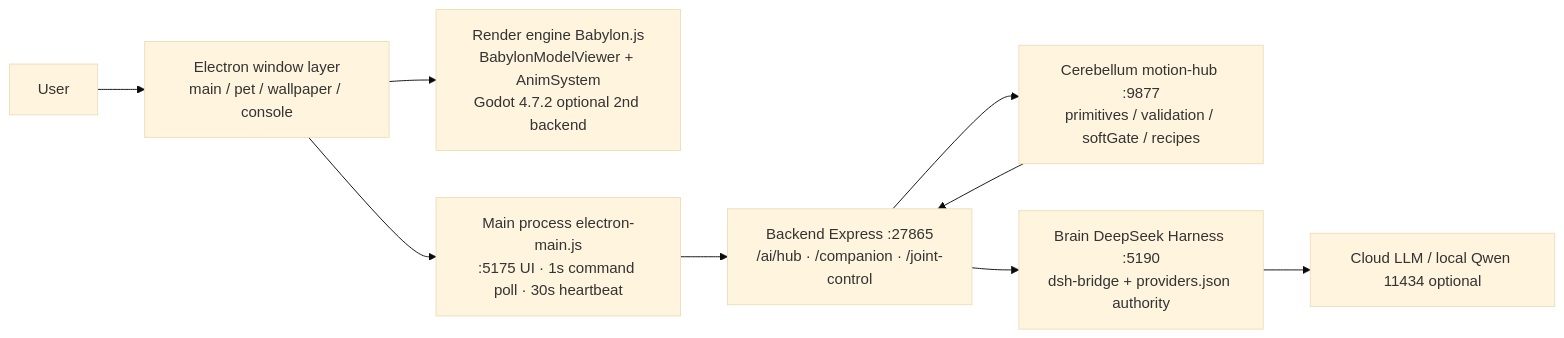
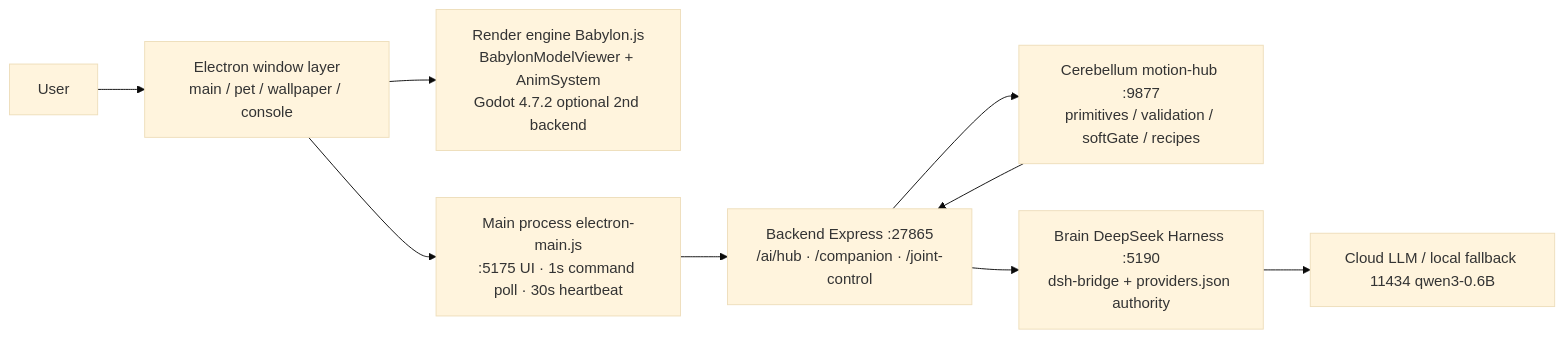
Before and after one commit to MasterSaber718/ruanruan-desktop-pet: the diagram in docs/ARCHITECTURE_en.md, drawn with Mermaid (base theme). The commit also changed other lines of this file and 5 other files, not shown here.

Commit message:
feat: built-in local fallback model (llama.cpp + Qwen3-0.6B) with qwen3 tuning

````diff
--- a/docs/ARCHITECTURE_en.md
+++ b/docs/ARCHITECTURE_en.md
@@ -10,11 +10,11 @@
 ```mermaid
 flowchart LR
   U[User] --> W[Electron window layer<br/>main / pet / wallpaper / console]
   W --> R[Render engine Babylon.js<br/>BabylonModelViewer + AnimSystem<br/>Godot 4.7.2 optional 2nd backend]
   W --> M[Main process electron-main.js<br/>:5175 UI · 1s command poll · 30s heartbeat]
   M --> B[Backend Express :27865<br/>/ai/hub · /companion · /joint-control]
   B --> H[Cerebellum motion-hub :9877<br/>primitives / validation / softGate / recipes]
   B --> D[Brain DeepSeek Harness :5190<br/>dsh-bridge + providers.json authority]
-  D --> C[Cloud LLM / local Qwen 11434 optional]
+  D --> C[Cloud LLM / local fallback 11434 qwen3-0.6B]
   H --> B
 ```
````
